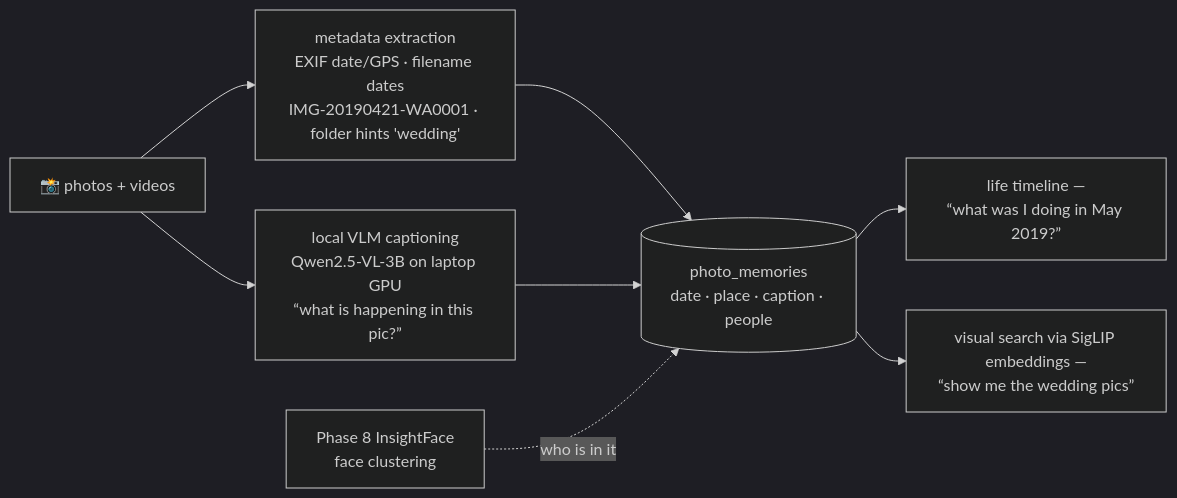
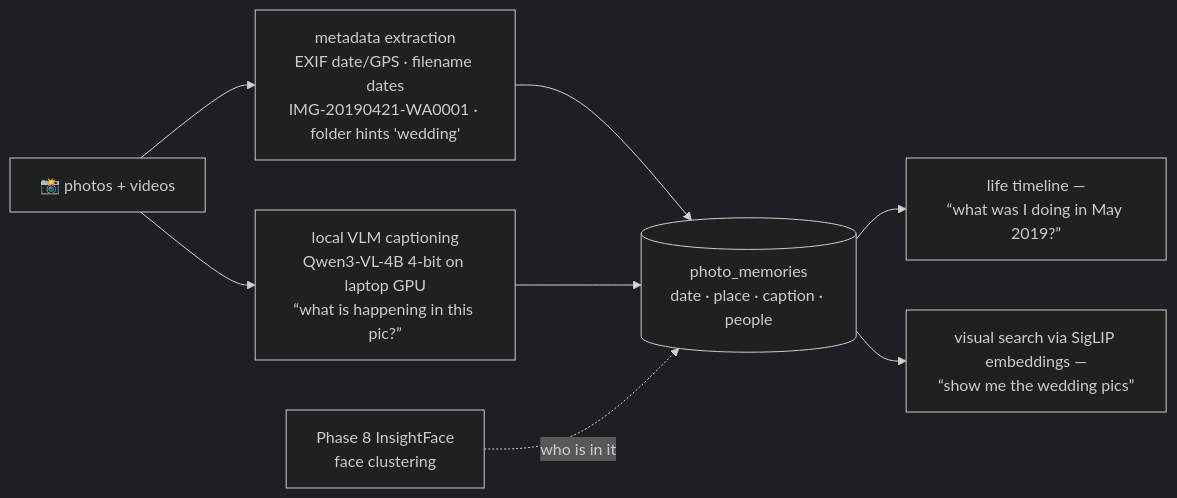
The fourth of 7 diagrams in README.md (martian3062/pardeep), drawn with Mermaid (dark theme) before and after one commit. The commit also changed other lines of this file and 9 other files, not shown here.

````diff
--- a/README.md
+++ b/README.md
@@ -198,10 +198,10 @@
 ```mermaid
 flowchart LR
     P[📸 photos + videos] --> META[metadata extraction<br/>EXIF date/GPS · filename dates<br/>IMG-20190421-WA0001 · folder hints 'wedding']
-    P --> CAP[local VLM captioning<br/>Qwen2.5-VL-3B on laptop GPU<br/>“what is happening in this pic?”]
+    P --> CAP[local VLM captioning<br/>Qwen3-VL-4B 4-bit on laptop GPU<br/>“what is happening in this pic?”]
     META --> PM[(photo_memories<br/>date · place · caption · people)]
     CAP --> PM
     FACE[Phase 8 InsightFace<br/>face clustering] -.who is in it.-> PM
     PM --> TL[life timeline —<br/>“what was I doing in May 2019?”]
     PM --> VS[visual search via SigLIP embeddings —<br/>“show me the wedding pics”]
 ```
````
